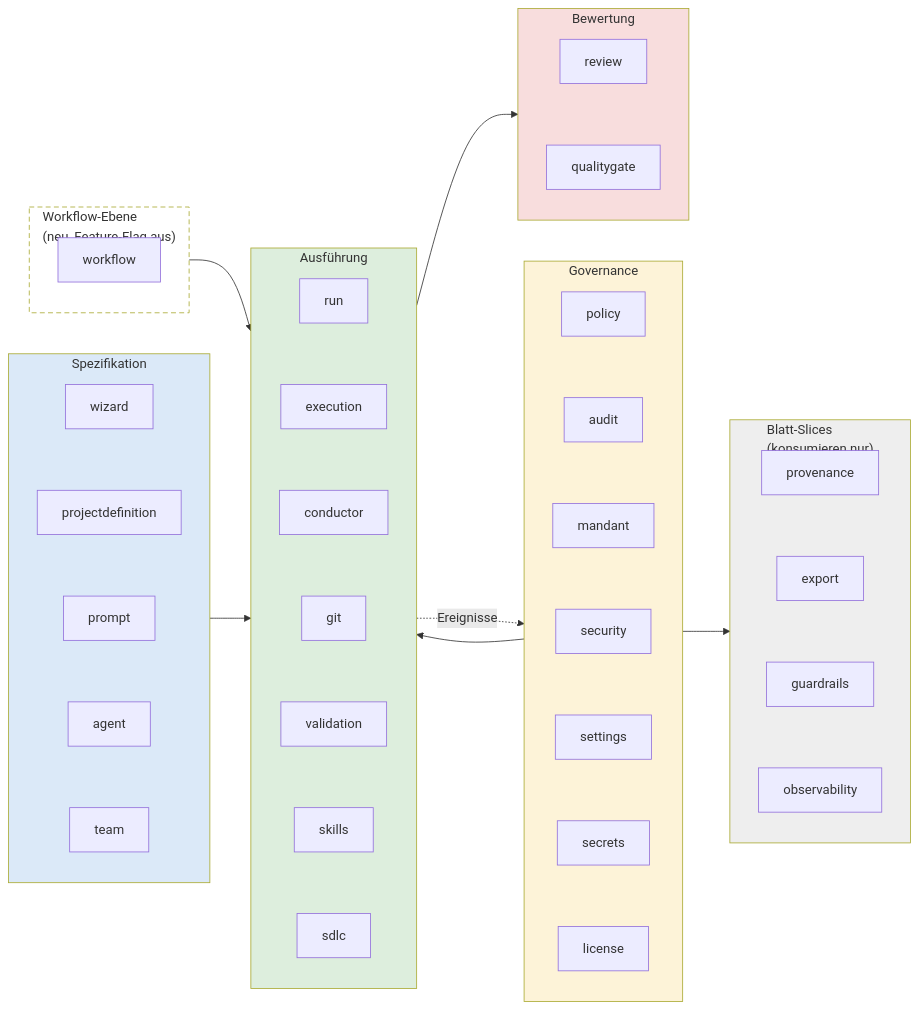
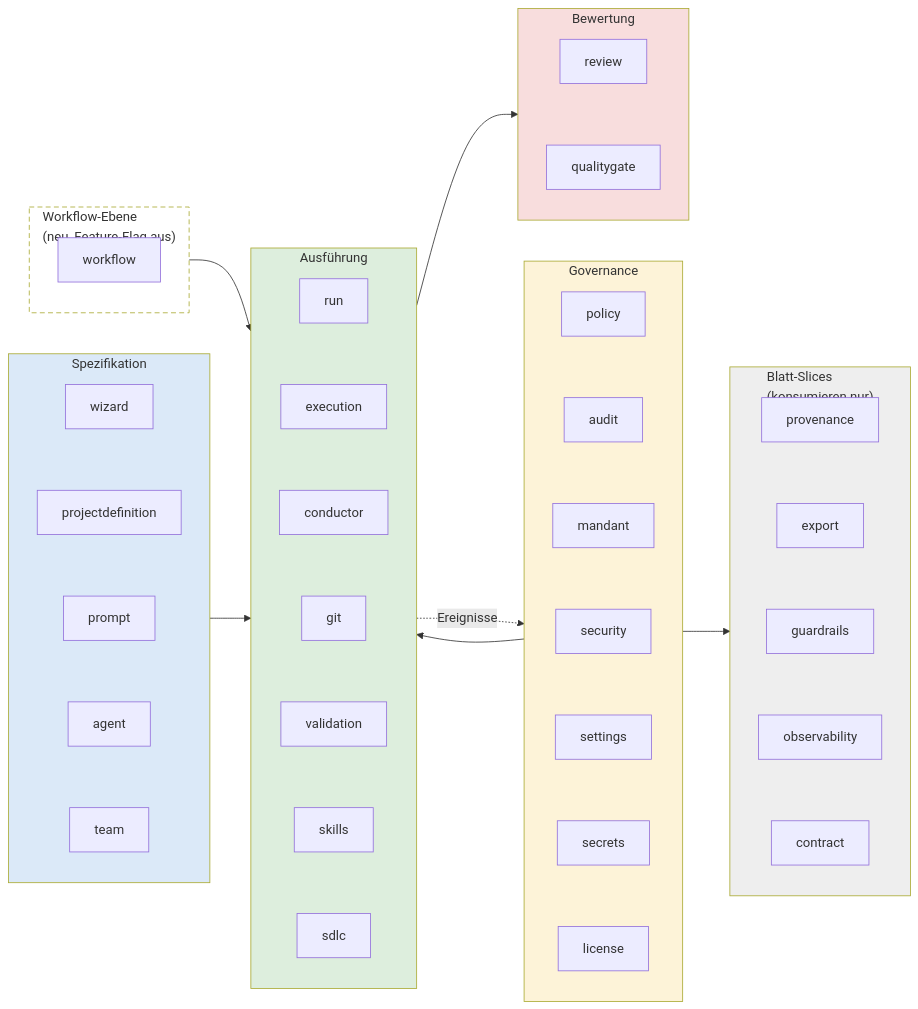
Before and after one commit to mjanda0815/agentic-publikation: the diagram in abbildungen/abb23.mmd, drawn with Mermaid. The commit also changed 17 other files, not shown here.

```diff
--- a/abbildungen/abb23.mmd
+++ b/abbildungen/abb23.mmd
@@ -1,37 +1,37 @@
 flowchart LR
     subgraph SPEC["Spezifikation"]
         direction TB
         WIZ["wizard"] ~~~ PD["projectdefinition"] ~~~ PR["prompt"] ~~~ AG["agent"] ~~~ TE["team"]
     end
     subgraph GOV["Governance"]
         direction TB
         POL["policy"] ~~~ AUD["audit"] ~~~ MAN["mandant"] ~~~ SECU["security"] ~~~ SET["settings"] ~~~ SECR["secrets"] ~~~ LIC["license"]
     end
     subgraph EXEC["Ausführung"]
         direction TB
         RUN["run"] ~~~ EX["execution"] ~~~ CON["conductor"] ~~~ GT["git"] ~~~ VAL["validation"] ~~~ SK["skills"] ~~~ SD["sdlc"]
     end
     subgraph QUAL["Bewertung"]
         direction TB
         REV["review"] ~~~ QG["qualitygate"]
     end
     subgraph LEAF["Blatt-Slices<br/>(konsumieren nur)"]
         direction TB
-        PROV["provenance"] ~~~ EXP["export"] ~~~ GR["guardrails"] ~~~ OBS["observability"]
+        PROV["provenance"] ~~~ EXP["export"] ~~~ GR["guardrails"] ~~~ OBS["observability"] ~~~ CTR["contract"]
     end
     subgraph WFL["Workflow-Ebene<br/>(neu, Feature-Flag aus)"]
         direction TB
         WF["workflow"]
     end
     WFL --> EXEC
     SPEC --> EXEC
     GOV --> EXEC
     EXEC --> QUAL
     EXEC -. "Ereignisse" .-> GOV
     GOV --> LEAF
     style SPEC fill:#dbe9f8
     style EXEC fill:#ddeedd
     style QUAL fill:#f8dddd
     style GOV fill:#fdf3d8
     style LEAF fill:#eeeeee
     style WFL fill:#ffffff,stroke-dasharray: 6 4
```
